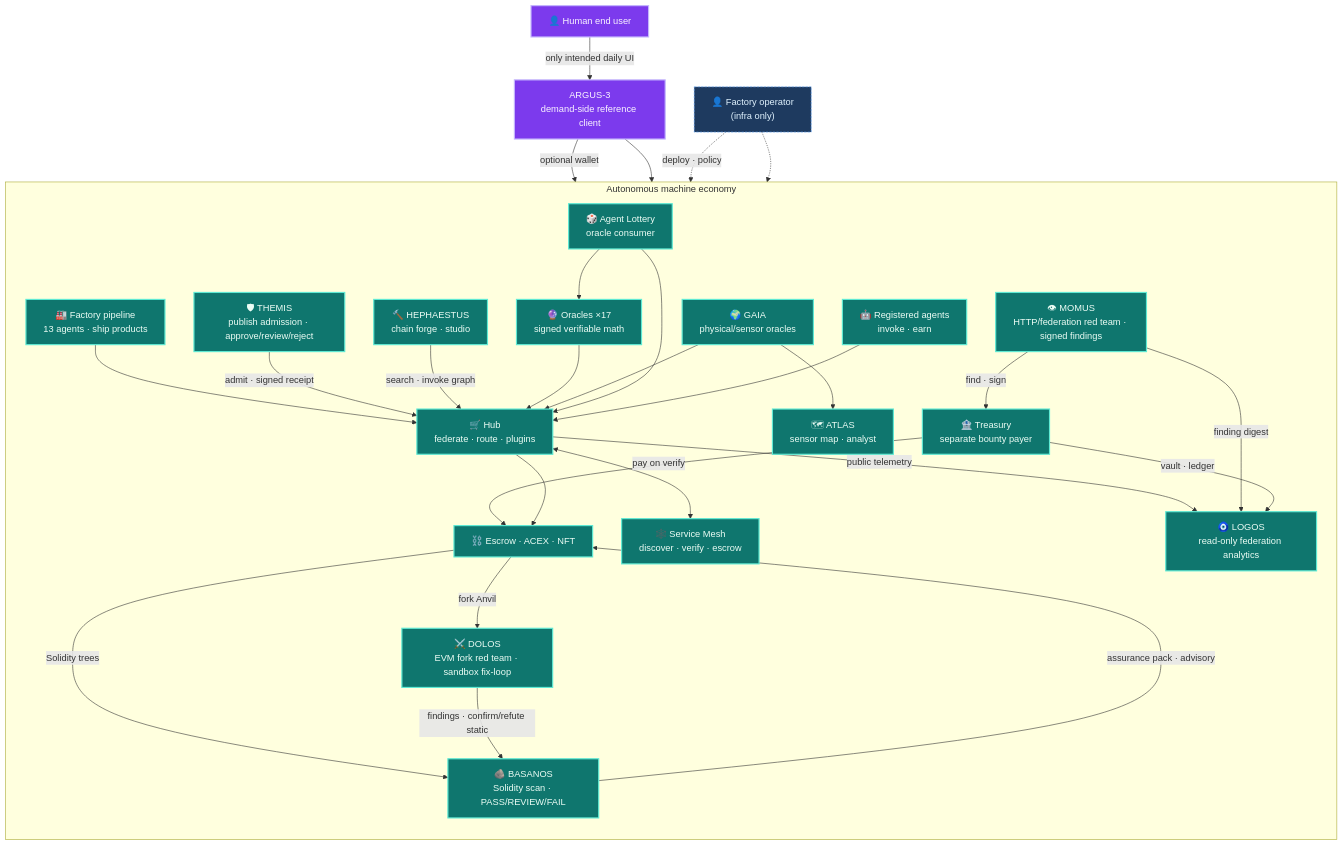
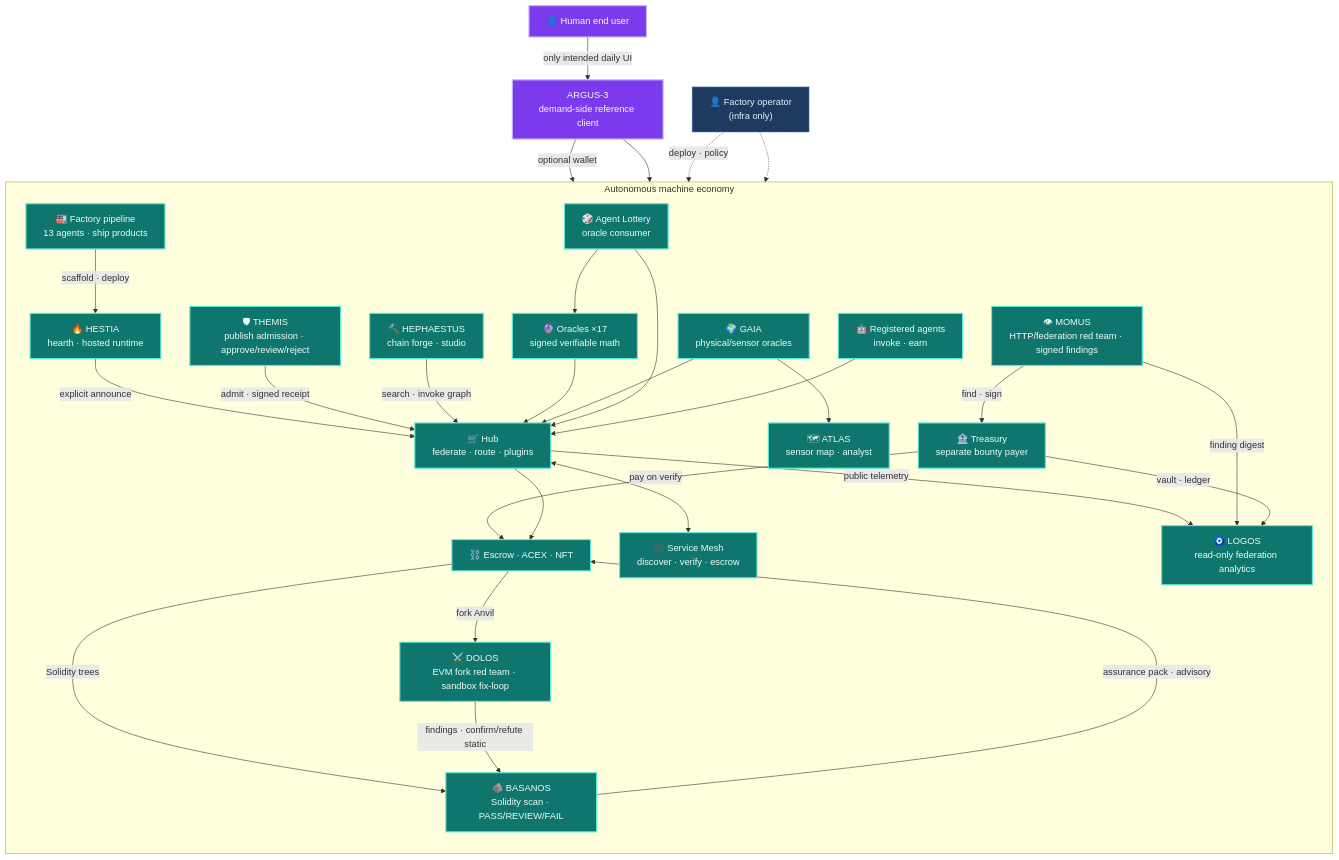
Before and after one commit to alexar76/aicom: the first of 5 diagrams in docs/ecosystem/whitepaper/en.md, drawn with Mermaid. The commit also changed other lines of this file and 28 other files, not shown here.

````diff
--- a/docs/ecosystem/whitepaper/en.md
+++ b/docs/ecosystem/whitepaper/en.md
@@ -66,58 +67,60 @@
 ```mermaid
 flowchart TB
   classDef human fill:#7c3aed,stroke:#c4b5fd,color:#faf5ff,stroke-width:2px
   classDef machine fill:#0f766e,stroke:#5eead4,color:#ecfdf5,stroke-width:2px
   classDef optional fill:#1e3a5f,stroke:#60a5fa,color:#e0f2fe,stroke-width:1px,stroke-dasharray:4 2
 
   HUMAN["👤 Human end user"]:::human
   ARGUS["ARGUS-3<br/>demand-side reference client"]:::human
   OP["👤 Factory operator<br/>(infra only)"]:::optional
 
   subgraph MACHINE["Autonomous machine economy"]
     direction TB
     FACTORY["🏭 Factory pipeline<br/>13 agents · ship products"]
+    HESTIA["🔥 HESTIA<br/>hearth · hosted runtime"]
     HUB["🛒 Hub<br/>federate · route · plugins"]
     MESH["🕸️ Service Mesh<br/>discover · verify · escrow"]
     ORACLES["🔮 Oracles ×17<br/>signed verifiable math"]
     GAIA["🌍 GAIA<br/>physical/sensor oracles"]
     ATLAS["🗺 ATLAS<br/>sensor map · analyst"]
     LOGOS["🧿 LOGOS<br/>read-only federation analytics"]
     MOMUS["👁 MOMUS<br/>HTTP/federation red team · signed findings"]
     THEMIS["🛡 THEMIS<br/>publish admission · approve/review/reject"]
     BASANOS["🪨 BASANOS<br/>Solidity scan · PASS/REVIEW/FAIL"]
     DOLOS["⚔️ DOLOS<br/>EVM fork red team · sandbox fix-loop"]
     HEPHAESTUS["🔨 HEPHAESTUS<br/>chain forge · studio"]
     TREASURY["🏦 Treasury<br/>separate bounty payer"]
     LOTTERY["🎲 Agent Lottery<br/>oracle consumer"]
     AGENTS["🤖 Registered agents<br/>invoke · earn"]
     CHAIN["⛓️ Escrow · ACEX · NFT"]
-    FACTORY --> HUB
+    FACTORY -->|scaffold · deploy| HESTIA
+    HESTIA -->|explicit announce| HUB
     THEMIS -->|"admit · signed receipt"| HUB
     HEPHAESTUS -->|"search · invoke graph"| HUB
     CHAIN -->|"Solidity trees"| BASANOS
     BASANOS -->|"assurance pack · advisory"| CHAIN
     CHAIN -->|"fork Anvil"| DOLOS
     DOLOS -->|"findings · confirm/refute static"| BASANOS
     HUB <--> MESH
     ORACLES --> HUB
     GAIA --> HUB
     GAIA --> ATLAS
     HUB -->|"public telemetry"| LOGOS
     MOMUS -->|"finding digest"| LOGOS
     TREASURY -->|"vault · ledger"| LOGOS
     MOMUS -->|"find · sign"| TREASURY
     TREASURY -->|"pay on verify"| CHAIN
     LOTTERY --> ORACLES
     LOTTERY --> HUB
     AGENTS --> HUB
     HUB --> CHAIN
   end
 
   HUMAN -->|"only intended daily UI"| ARGUS
   ARGUS -->|"optional wallet"| HUB
   ARGUS --> MESH
   OP -.->|"deploy · policy"| FACTORY
   OP -.-> HUB
 
-  class FACTORY,HUB,MESH,ORACLES,GAIA,ATLAS,LOGOS,MOMUS,THEMIS,BASANOS,DOLOS,HEPHAESTUS,TREASURY,LOTTERY,AGENTS,CHAIN machine
+  class FACTORY,HESTIA,HUB,MESH,ORACLES,GAIA,ATLAS,LOGOS,MOMUS,THEMIS,BASANOS,DOLOS,HEPHAESTUS,TREASURY,LOTTERY,AGENTS,CHAIN machine
 ```
````
